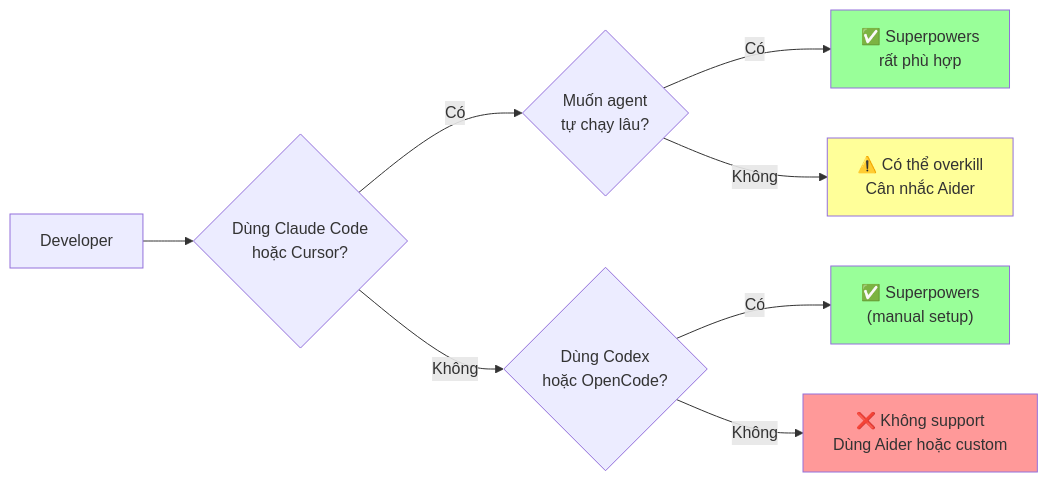
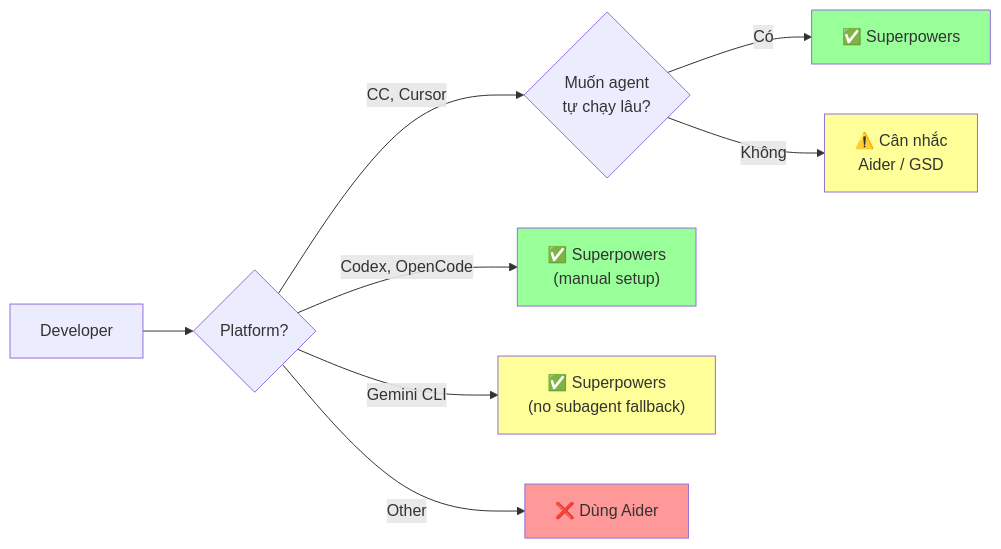
The first of 2 diagrams in vn/superpowers/3. Decision Guide.md (thientranhung/agentic-coding-lab), drawn with Mermaid before and after one commit. The commit also changed other lines of this file and 14 other files, not shown here.

````diff
--- a/vn/superpowers/3. Decision Guide.md
+++ b/vn/superpowers/3. Decision Guide.md
@@ -95,17 +77,17 @@
 ```mermaid
 graph LR
-    A["Developer"] --> B{"Dùng Claude Code\nhoặc Cursor?"}
-    B -->|"Có"| C{"Muốn agent\ntự chạy lâu?"}
-    B -->|"Không"| D{"Dùng Codex\nhoặc OpenCode?"}
+    A["Developer"] --> B{"Platform?"}
+    B -->|"CC, Cursor"| C{"Muốn agent<br/>tự chạy lâu?"}
+    B -->|"Codex, OpenCode"| D["✅ Superpowers<br/>(manual setup)"]
+    B -->|"Gemini CLI"| E["✅ Superpowers<br/>(no subagent fallback)"]
+    B -->|"Other"| F["❌ Dùng Aider"]
 
-    C -->|"Có"| E["✅ Superpowers\nrất phù hợp"]
-    C -->|"Không"| F["⚠️ Có thể overkill\nCân nhắc Aider"]
+    C -->|"Có"| G["✅ Superpowers"]
+    C -->|"Không"| H["⚠️ Cân nhắc<br/>Aider / GSD"]
 
-    D -->|"Có"| G["✅ Superpowers\n(manual setup)"]
-    D -->|"Không"| H["❌ Không support\nDùng Aider hoặc custom"]
-
-    style E fill:#9f9
-    style F fill:#ff9
     style G fill:#9f9
-    style H fill:#f99
+    style D fill:#9f9
+    style E fill:#ff9
+    style F fill:#f99
+    style H fill:#ff9
 ```
````
